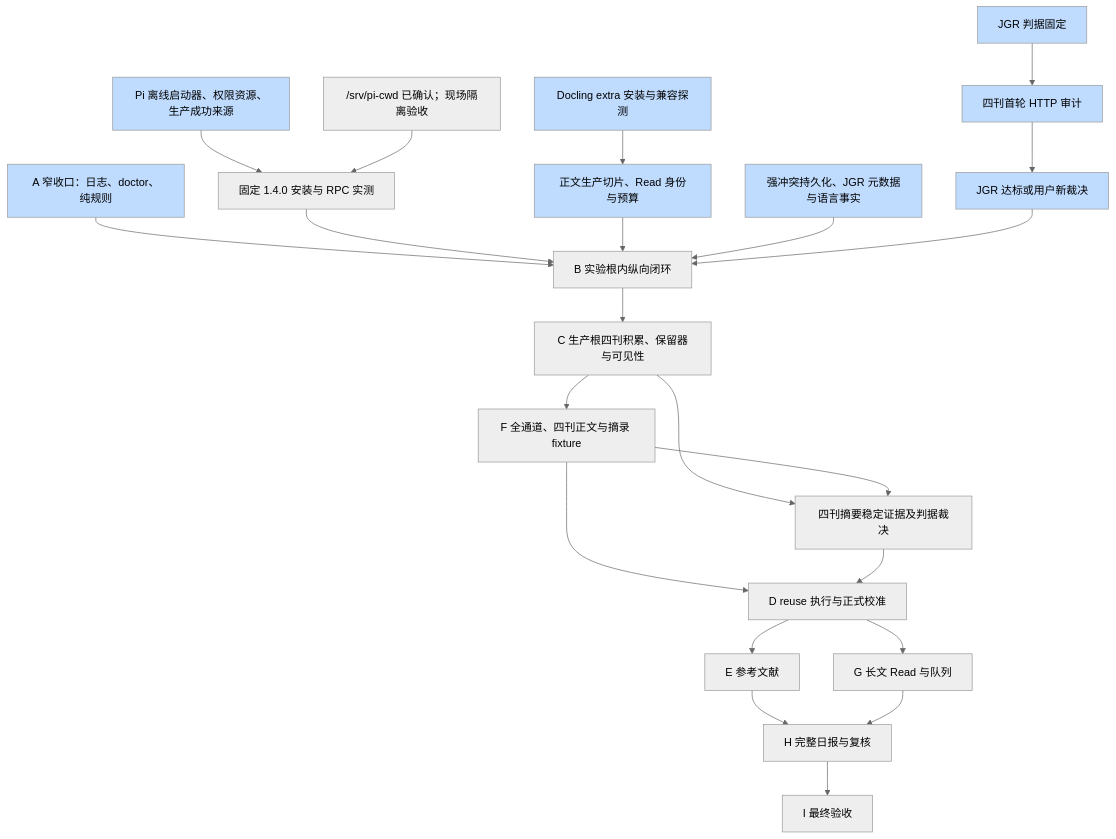
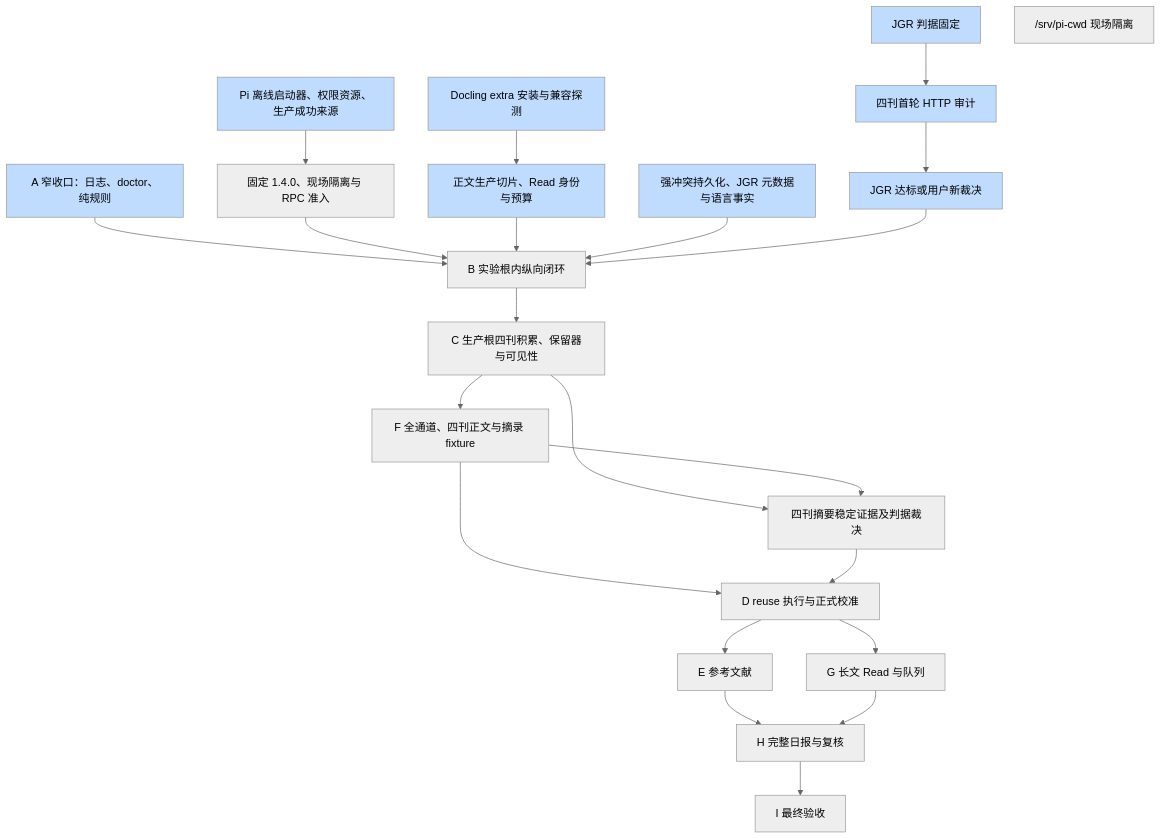
The diagram in docs/roadmap.md (MeteoBoy4/PaperRadar), drawn with Mermaid (neutral theme) before and after one commit. The commit also changed other lines of this file and 15 other files, not shown here.

````diff
--- a/docs/roadmap.md
+++ b/docs/roadmap.md
@@ -21,26 +21,26 @@
 ```mermaid
 flowchart TD
   J[JGR 判据固定] --> Audit[四刊首轮 HTTP 审计]
   Audit --> Source[JGR 达标或用户新裁决]
   A[A 窄收口：日志、doctor、纯规则] --> B[B 实验根内纵向闭环]
-  Pi[Pi 离线启动器、权限资源、生产成功来源] --> Live[固定 1.4.0 安装与 RPC 实测]
-  Cwd["/srv/pi-cwd 已确认；现场隔离验收"] --> Live
+  Pi[Pi 离线启动器、权限资源、生产成功来源] --> Live[固定 1.4.0、现场隔离与 RPC 准入]
+  Cwd["/srv/pi-cwd 现场隔离"]
   Live --> B
   Extra[Docling extra 安装与兼容探测] --> Body[正文生产切片、Read 身份与预算]
   Body --> B
   Feed[强冲突持久化、JGR 元数据与语言事实] --> B
   Source --> B
   B --> C[C 生产根四刊积累、保留器与可见性]
   C --> F[F 全通道、四刊正文与摘录 fixture]
   C --> Abstract[四刊摘要稳定证据及判据裁决]
   F --> Abstract
   F --> D[D reuse 执行与正式校准]
   Abstract --> D
   D --> E[E 参考文献]
   D --> G[G 长文 Read 与队列]
   E --> H[H 完整日报与复核]
   G --> H
   H --> I[I 最终验收]
   classDef completed fill:#bfdbfe
   class J,Audit,Source,A,Pi,Extra,Body,Feed completed
 ```
````
